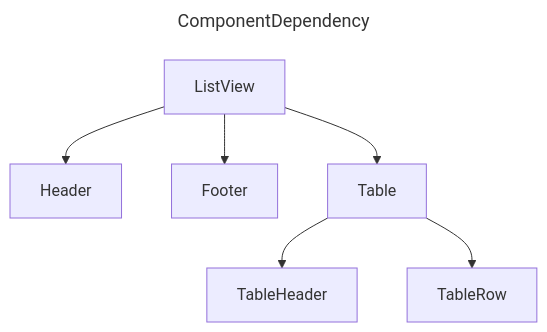
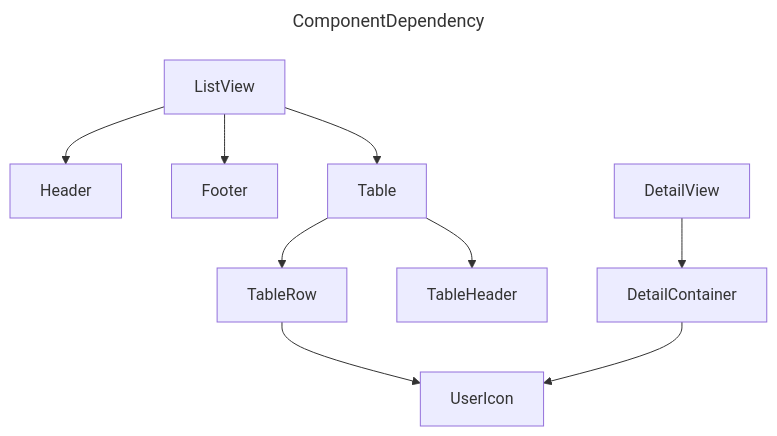
Before and after one commit to kawagh/viewtree: the first of 3 diagrams in README.md, drawn with Mermaid. The commit also changed other lines of this file, not shown here.

Commit message:
[doc] READMEに各オプションを図示

````diff
--- a/README.md
+++ b/README.md
@@ -36,11 +37,14 @@
 ```mermaid
 ---
 title: ComponentDependency
 ---
 graph TD
   ListView --> Header
   ListView --> Footer
   ListView --> Table
+  DetailView --> DetailContainer
   Table --> TableHeader
   Table --> TableRow
+  TableRow --> UserIcon
+  DetailContainer --> UserIcon
 ```
````
